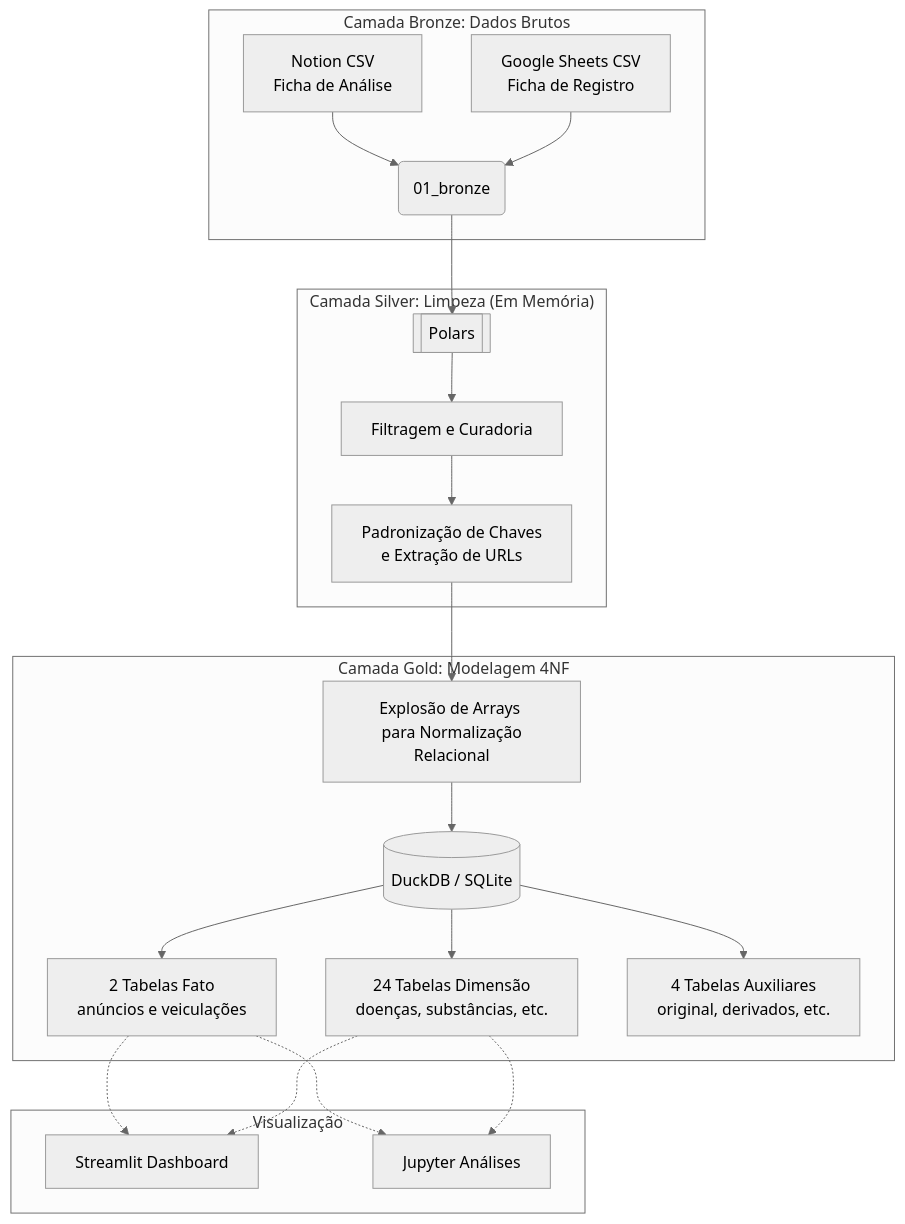
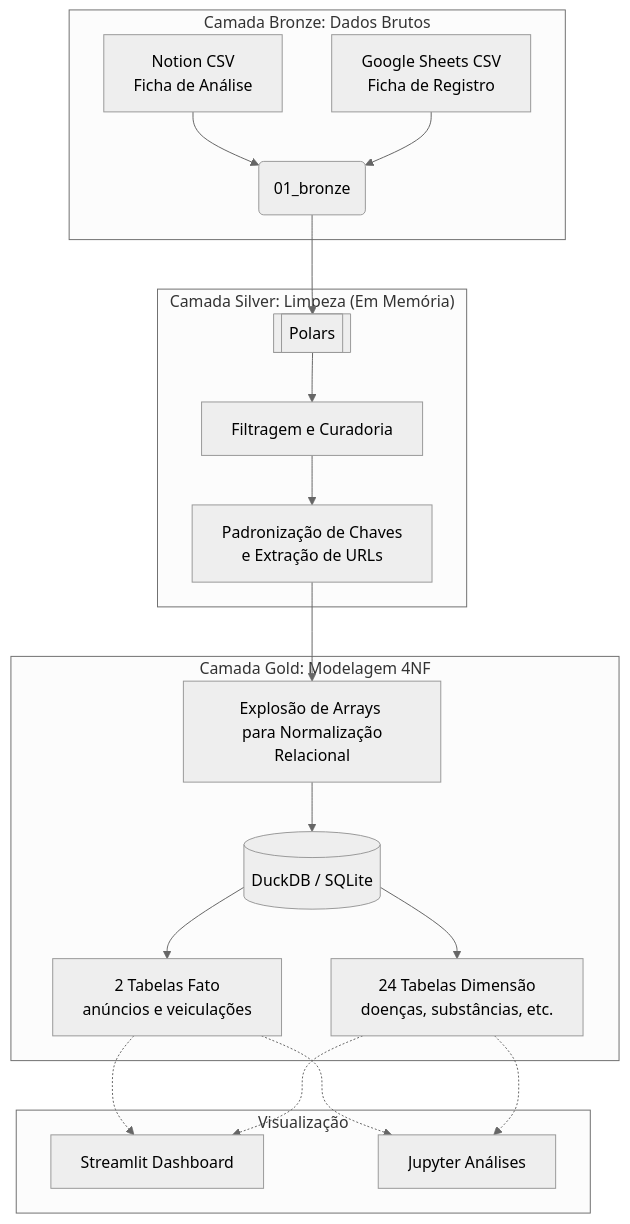
One commit to danibritods/pharma1880 changed the diagram in README.md. Above: the diagram before and after it, drawn with Mermaid (neutral theme). The commit also changed other lines of this file and 7 other files, not shown here.

````diff
--- a/README.md
+++ b/README.md
@@ -73,28 +73,27 @@
 ```mermaid
 graph TD
     subgraph Bronze [Camada Bronze: Dados Brutos]
         A[Notion CSV <br/> Ficha de Análise] --> B(01_bronze)
         C[Google Sheets CSV <br/> Ficha de Registro] --> B
     end
 
     subgraph Silver ["Camada Silver: Limpeza (Em Memória)"]
         B --> D[[Polars]]
         D --> E[Filtragem e Curadoria]
         E --> F[Padronização de Chaves <br> e Extração de URLs]
     end
 
     subgraph Gold [Camada Gold: Modelagem 4NF]
         F --> X[Explosão de Arrays <br> para Normalização Relacional]
         X --> G[(DuckDB / SQLite)]
         G --> H[2 Tabelas Fato <br/> anúncios e veiculações]
         G --> I[24 Tabelas Dimensão <br/> doenças, substâncias, etc.]
-        G --> L[4 Tabelas Auxiliares <br/> original, derivados, etc.]
     end
 
     subgraph Consumo [Visualização]
         H -.-> J[Streamlit Dashboard]
         I -.-> J
         H -.-> K[Jupyter Análises]
         I -.-> K
     end
 ```
````
